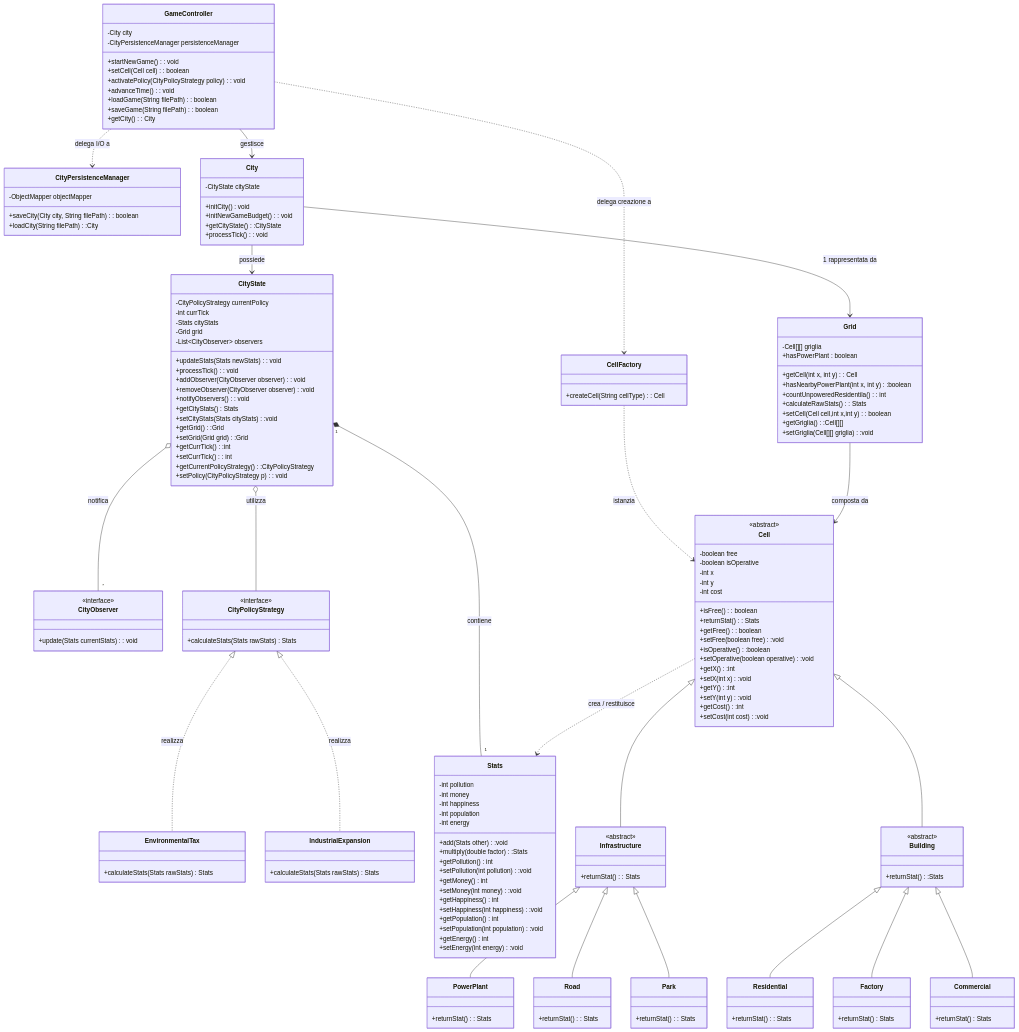
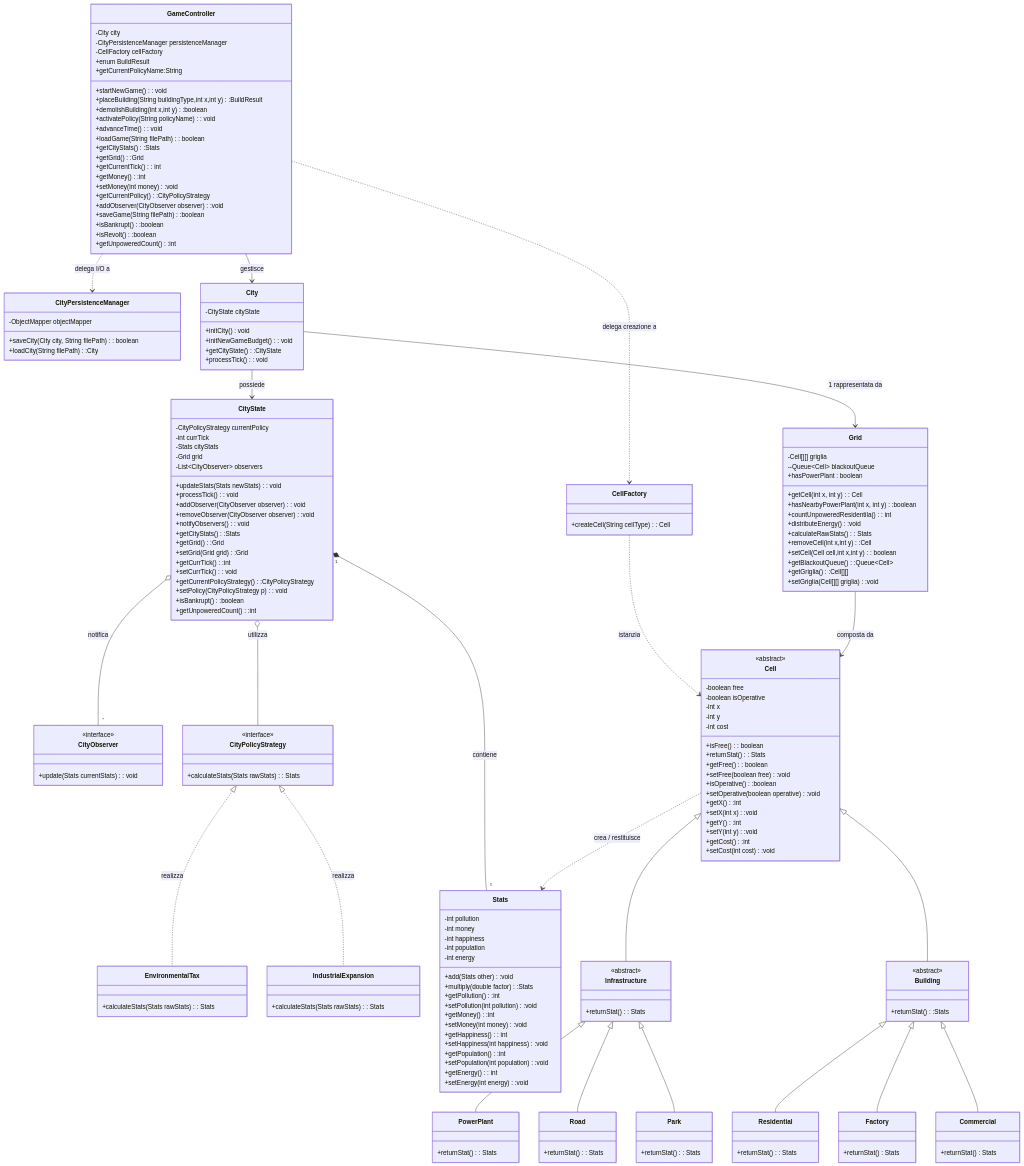
The diagram in docs/DESIGN-CLASS-MODEL/design-class-model.md (andreatoson3-netizen/Amatriciana), drawn with Mermaid before and after one commit.

```diff
--- a/docs/DESIGN-CLASS-MODEL/design-class-model.md
+++ b/docs/DESIGN-CLASS-MODEL/design-class-model.md
@@ -9,13 +9,26 @@
     class GameController {
         -City city
         -CityPersistenceManager persistenceManager
+        -CellFactory cellFactory
+        +enum BuildResult
         +startNewGame() : void
-        +setCell(Cell cell) : boolean
-        +activatePolicy(CityPolicyStrategy policy): void
+        +placeBuilding(String buildingType,int x,int y):BuildResult
+        +demolishBuilding(int x,int y):boolean
+        +activatePolicy(String policyName): void
         +advanceTime() : void
         +loadGame(String filePath) : boolean
-        +saveGame(String filePath): boolean
-        +getCity() : City
+        +getCityStats():Stats
+        +getGrid():Grid
+        +getCurrentTick(): int
+        +getMoney():int
+        +setMoney(int money):void
+        +getCurrentPolicy():CityPolicyStrategy
+        +getCurrentPolicyName:String
+        +addObserver(CityObserver observer):void
+        +saveGame(String filePath):boolean
+        +isBankrupt():boolean
+        +isRevolt():boolean
+        +getUnpoweredCount():int
     }
 
     class CellFactory {
@@ -53,39 +66,43 @@
         +addObserver(CityObserver observer): void
         +removeObserver(CityObserver observer):void
          +notifyObservers(): void
-        +getCityStats() Stats
-        +setCityStats(Stats cityStats):void
+        +getCityStats() :Stats
         +getGrid() :Grid
         +setGrid(Grid grid):Grid
         +getCurrTick() :int
-        +setCurrTick(): int
+        +setCurrTick(): void
         +getCurrentPolicyStrategy():CityPolicyStrategy
          +setPolicy(CityPolicyStrategy p): void
-        
+        +isBankrupt():boolean
+        +getUnpoweredCount():int
        
     }
 
     class CityPolicyStrategy {
         <<interface>>
-        +calculateStats(Stats rawStats) Stats
+        +calculateStats(Stats rawStats): Stats
     }
 
     class EnvironmentalTax {
-        +calculateStats(Stats rawStats) Stats
+        +calculateStats(Stats rawStats): Stats
     }
 
     class IndustrialExpansion {
-        +calculateStats(Stats rawStats) Stats
+        +calculateStats(Stats rawStats): Stats
     }
 
     class Grid {
         -Cell[][] griglia
+        --Queue~Cell~ blackoutQueue
         +getCell(int x, int y) : Cell
         +hasPowerPlant : boolean
         +hasNearbyPowerPlant(int x, int y):boolean
         +countUnpoweredResidentila(): int
+        +distributeEnergy():void
         +calculateRawStats() : Stats
+        +removeCell(int x,int y):Cell
         +setCell(Cell cell,int x,int y): boolean
+        +getBlackoutQueue():Queue~Cell~
         +getGriglia():Cell[][]
         +setGriglia(Cell[][] griglia):void
         
@@ -121,15 +138,15 @@
         -int energy
         +add(Stats other) :void
         +multiply(double factor):Stats
-        +getPollution() int
+        +getPollution() :int
         +setPollution(int pollution):void
-        +getMoney() int
+        +getMoney() :int
         +setMoney(int money):void
-        +getHappiness() int
+        +getHappiness(): int
         +setHappiness(int happiness):void
-        +getPopulation() int
+        +getPopulation() :int
         +setPopulation(int population):void
-        +getEnergy() int
+        +getEnergy(): int
         +setEnergy(int energy):void
         
    }
```
